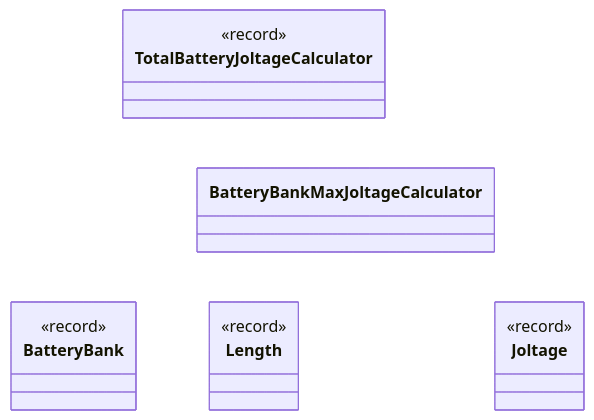
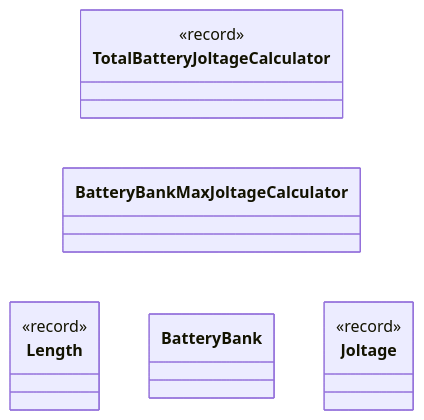
One commit to lauraheerrera/aoc2025 changed the diagram in UML diagrams/uml_day03.md. Above: the diagram before and after it, drawn with Mermaid. The commit also changed 91 other files, not shown here.

````diff
--- a/UML diagrams/uml_day03.md
+++ b/UML diagrams/uml_day03.md
@@ -3,26 +3,22 @@
 ```mermaid
 %%{init: { 'themeVariables': { 'lineColor': '#FFFFFF' } } }%%
 classDiagram
     direction TB
     class TotalBatteryJoltageCalculator {
         <<record>>
     }
     class BatteryBankMaxJoltageCalculator {
     }
     class BatteryBank {
-        <<record>>
     }
     class Joltage {
         <<record>>
     }
     class Length {
         <<record>>
     }
-    TotalBatteryJoltageCalculator --> BatteryBankMaxJoltageCalculator
-    TotalBatteryJoltageCalculator --> Length
-    TotalBatteryJoltageCalculator ..> BatteryBank
-    TotalBatteryJoltageCalculator ..> Joltage
+TotalBatteryJoltageCalculator --> BatteryBankMaxJoltageCalculator
+    BatteryBankMaxJoltageCalculator --> Length 
     BatteryBankMaxJoltageCalculator ..> BatteryBank
-    BatteryBankMaxJoltageCalculator ..> Length
     BatteryBankMaxJoltageCalculator ..> Joltage
 ```
````
